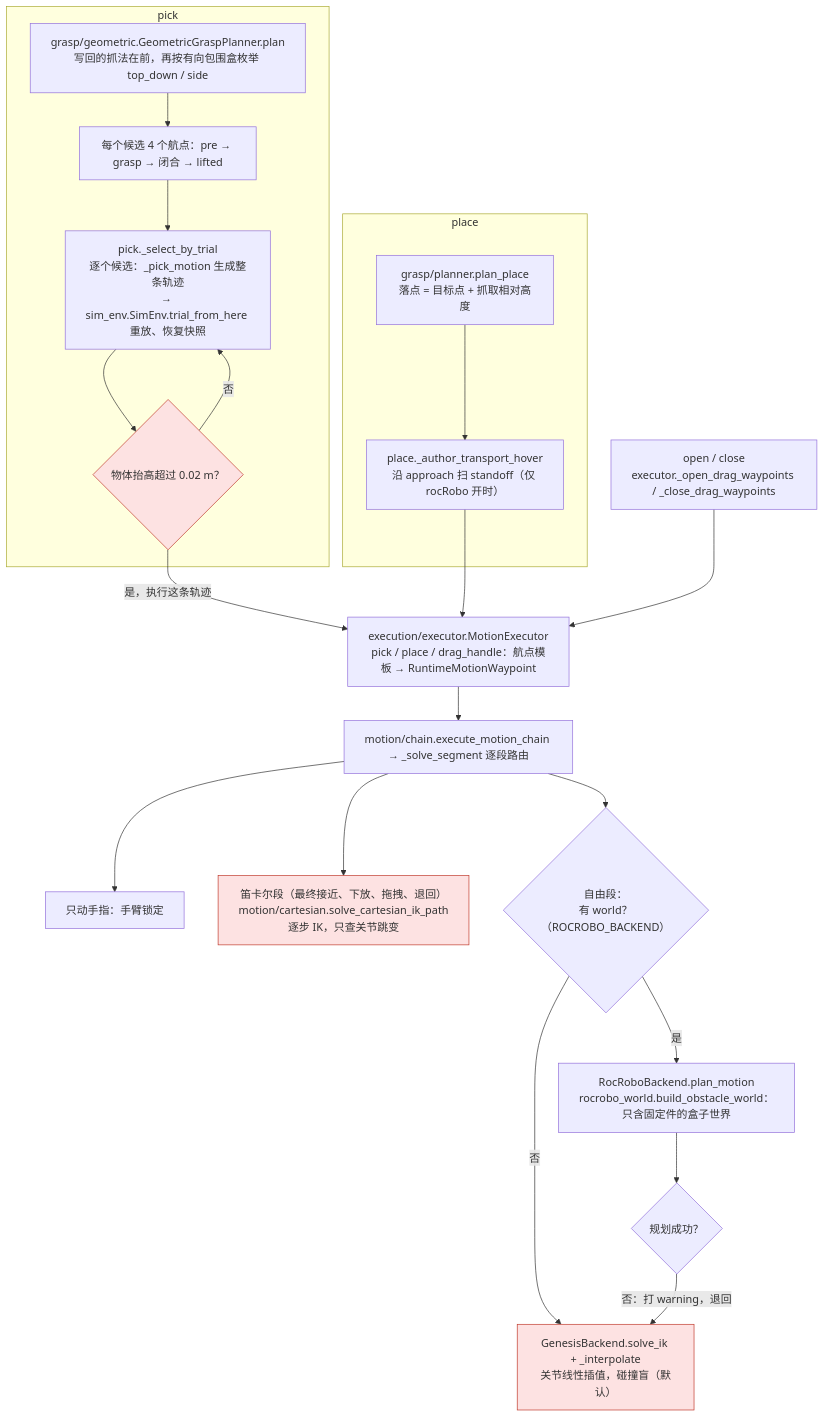
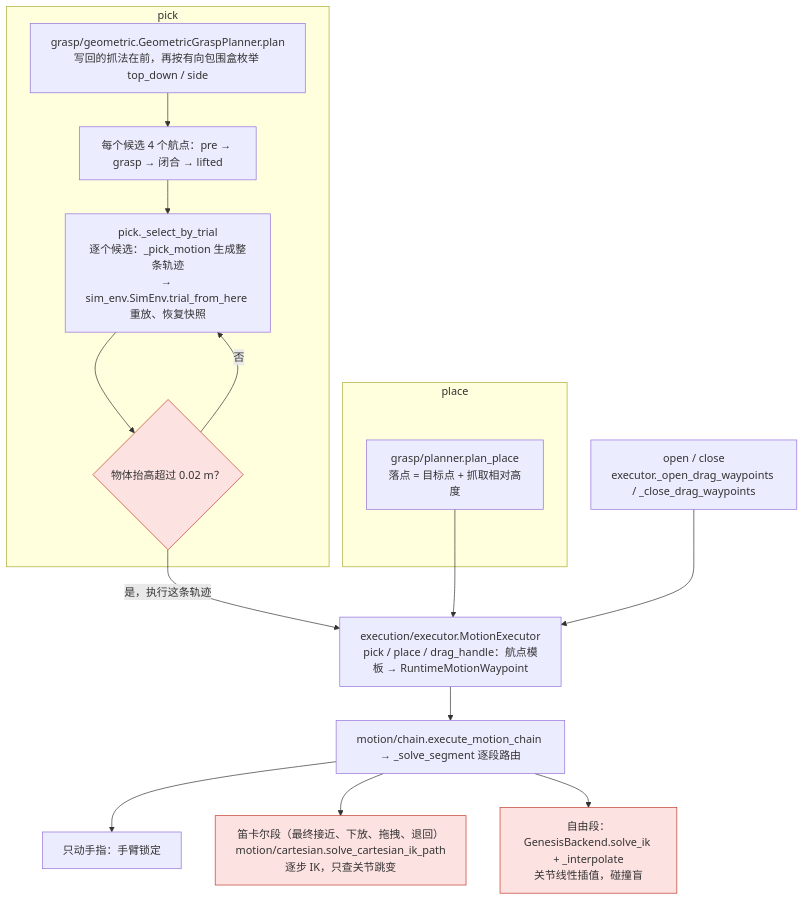
Before and after one commit to ZJLi2013/RoboSmith: the second of 2 diagrams in docs/call-chain.md, drawn with Mermaid. The commit also changed other lines of this file and 26 other files, not shown here.

Commit message:
motion: rocRobo, the collision_aware branches and the blind fallback are gone; free segments are plain IK interpolation

````diff
--- a/docs/call-chain.md
+++ b/docs/call-chain.md
@@ -48,40 +49,33 @@
 ```mermaid
 flowchart TD
     subgraph PK["pick"]
         GEO["grasp/geometric.GeometricGraspPlanner.plan<br/>写回的抓法在前，再按有向包围盒枚举 top_down / side"]
         WP["每个候选 4 个航点：pre → grasp → 闭合 → lifted"]
         TR["pick._select_by_trial<br/>逐个候选：_pick_motion 生成整条轨迹<br/>→ sim_env.SimEnv.trial_from_here 重放、恢复快照"]
         OK{"物体抬高超过 0.02 m？"}
     end
 
     subgraph PL["place"]
         PP["grasp/planner.plan_place<br/>落点 = 目标点 + 抓取相对高度"]
-        HOV["place._author_transport_hover<br/>沿 approach 扫 standoff（仅 rocRobo 开时）"]
     end
 
     DR["open / close<br/>executor._open_drag_waypoints / _close_drag_waypoints"]
 
     EXE["execution/executor.MotionExecutor<br/>pick / place / drag_handle：航点模板 → RuntimeMotionWaypoint"]
     CH["motion/chain.execute_motion_chain → _solve_segment 逐段路由"]
 
     F["只动手指：手臂锁定"]
     C["笛卡尔段（最终接近、下放、拖拽、退回）<br/>motion/cartesian.solve_cartesian_ik_path<br/>逐步 IK，只查关节跳变"]
-    FREE{"自由段：<br/>有 world？（ROCROBO_BACKEND）"}
-    G["GenesisBackend.solve_ik + _interpolate<br/>关节线性插值，碰撞盲（默认）"]
-    R["RocRoboBackend.plan_motion<br/>rocrobo_world.build_obstacle_world：只含固定件的盒子世界"]
-    MISS{"规划成功？"}
+    G["自由段：GenesisBackend.solve_ik + _interpolate<br/>关节线性插值，碰撞盲"]
 
     GEO --> WP --> TR --> OK
     OK -- 否 --> TR
     OK -- 是，执行这条轨迹 --> EXE
-    PP --> HOV --> EXE
+    PP --> EXE
     DR --> EXE
     EXE --> CH
-    CH --> F & C & FREE
-    FREE -- 否 --> G
-    FREE -- 是 --> R --> MISS
-    MISS -- 否：打 warning，退回 --> G
+    CH --> F & C & G
 
     classDef blind fill:#fde2e2,stroke:#c0392b
     class G,OK,C blind
 ```
````
